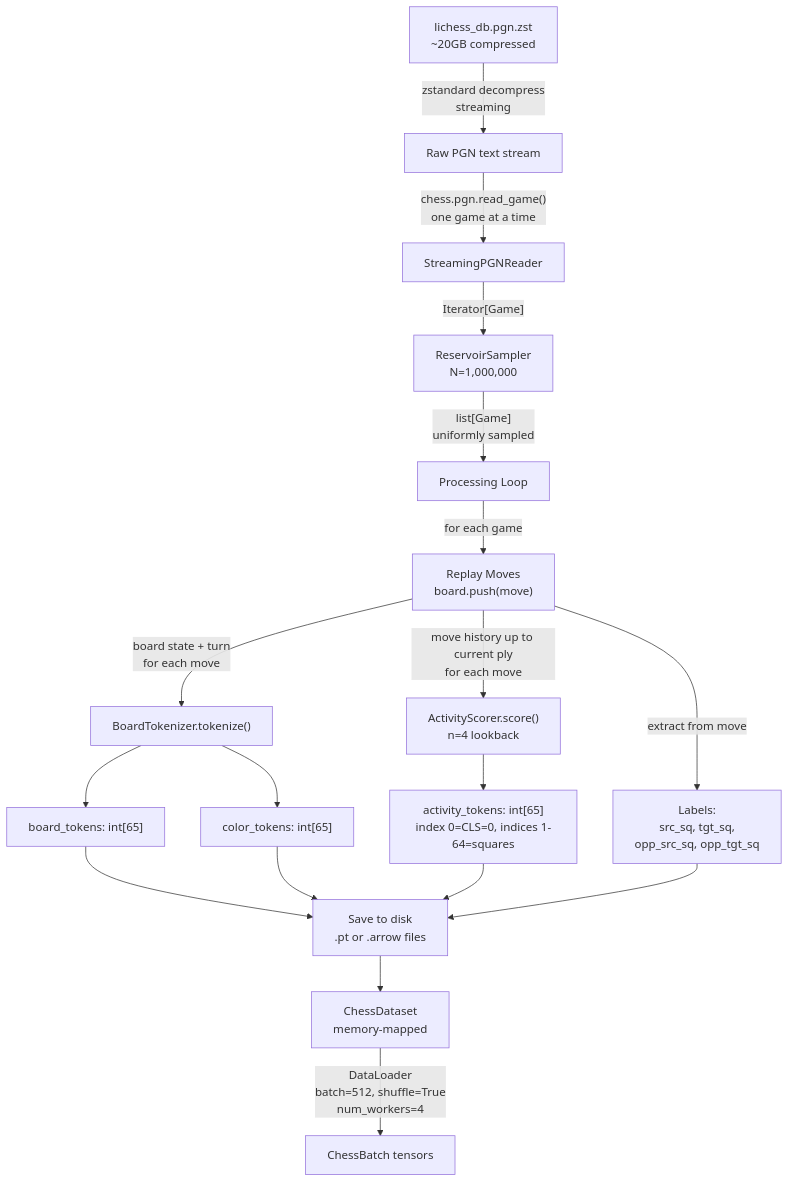
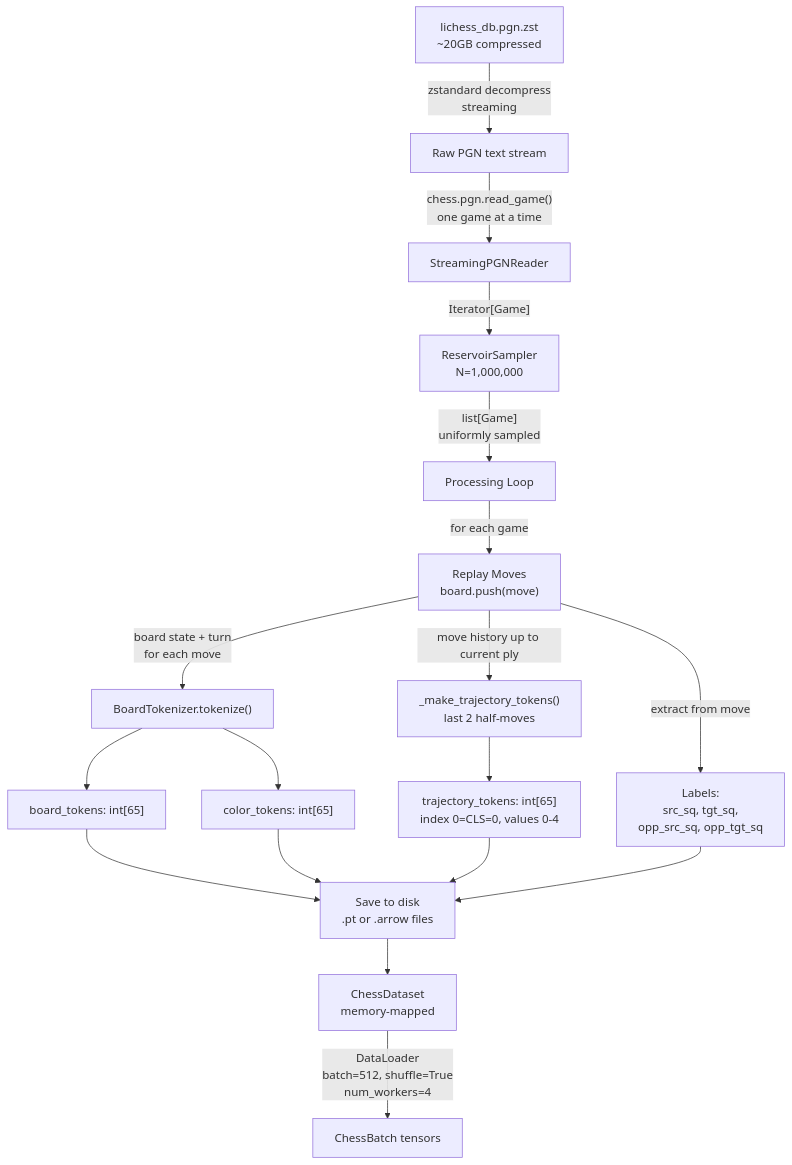
Before and after one commit to sombersomni/chess-policy-agent: the fifth of 6 diagrams in chess_encoder_final_design.md, drawn with Mermaid. The commit also changed other lines of this file and 4 other files, not shown here.

````diff
--- a/chess_encoder_final_design.md
+++ b/chess_encoder_final_design.md
@@ -242,22 +231,22 @@
 ```mermaid
 flowchart TD
     ZST["lichess_db.pgn.zst<br/>~20GB compressed"] -->|"zstandard decompress<br/>streaming"| RAW["Raw PGN text stream"]
     RAW -->|"chess.pgn.read_game()<br/>one game at a time"| SPGN["StreamingPGNReader"]
     SPGN -->|"Iterator[Game]"| RS["ReservoirSampler<br/>N=1,000,000"]
     RS -->|"list[Game]<br/>uniformly sampled"| PROC["Processing Loop"]
 
     PROC -->|"for each game"| REPLAY["Replay Moves<br/>board.push(move)"]
     REPLAY -->|"board state + turn<br/>for each move"| TOK["BoardTokenizer.tokenize()"]
-    REPLAY -->|"move history up to current ply<br/>for each move"| SCORER["ActivityScorer.score()<br/>n=4 lookback"]
+    REPLAY -->|"move history up to current ply"| TRAJ["_make_trajectory_tokens()<br/>last 2 half-moves"]
     TOK --> BT["board_tokens: int[65]"]
     TOK --> CT["color_tokens: int[65]"]
-    SCORER --> AT["activity_tokens: int[65]<br/>index 0=CLS=0, indices 1-64=squares"]
+    TRAJ --> TT["trajectory_tokens: int[65]<br/>index 0=CLS=0, values 0-4"]
     REPLAY -->|"extract from move"| LABELS["Labels:<br/>src_sq, tgt_sq,<br/>opp_src_sq, opp_tgt_sq"]
 
     BT --> SAVE["Save to disk<br/>.pt or .arrow files"]
     CT --> SAVE
-    AT --> SAVE
+    TT --> SAVE
     LABELS --> SAVE
     SAVE --> DS["ChessDataset<br/>memory-mapped"]
     DS -->|"DataLoader<br/>batch=512, shuffle=True<br/>num_workers=4"| BATCH["ChessBatch tensors"]
 ```
````
